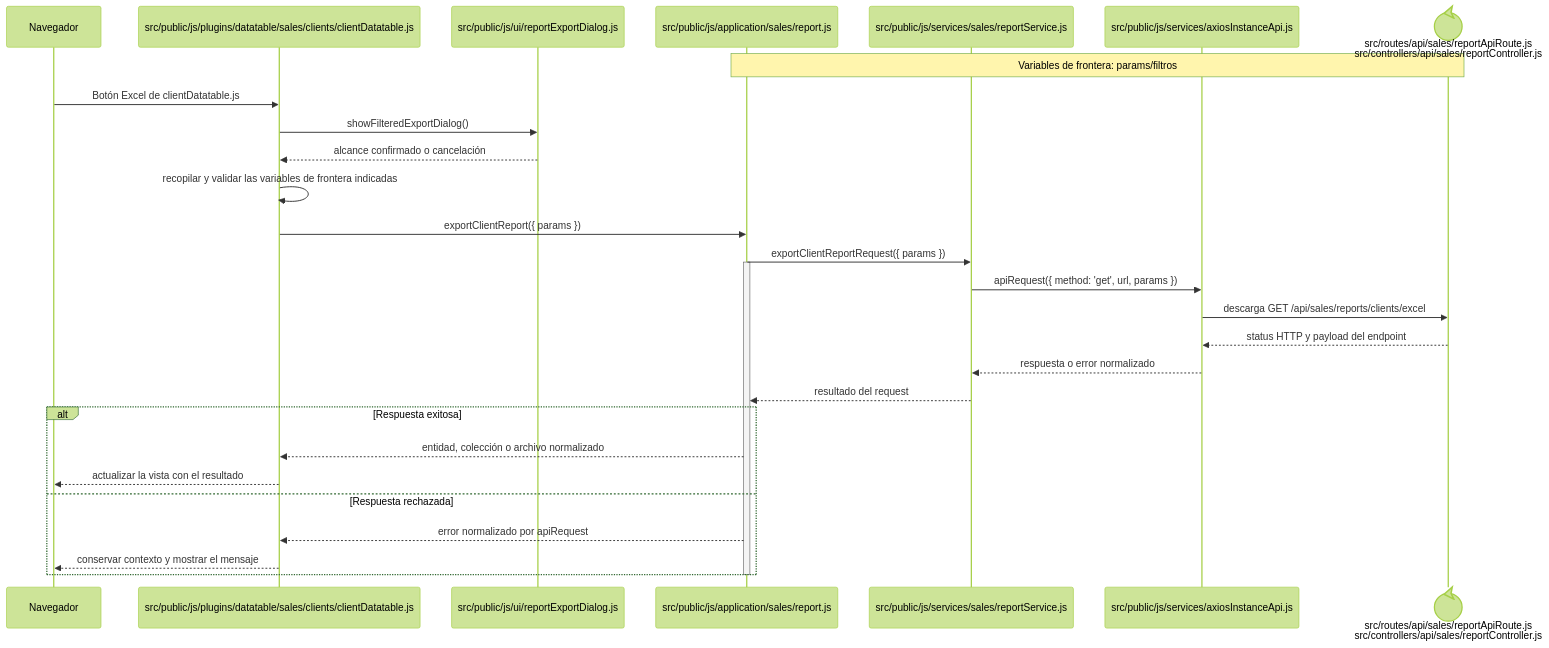
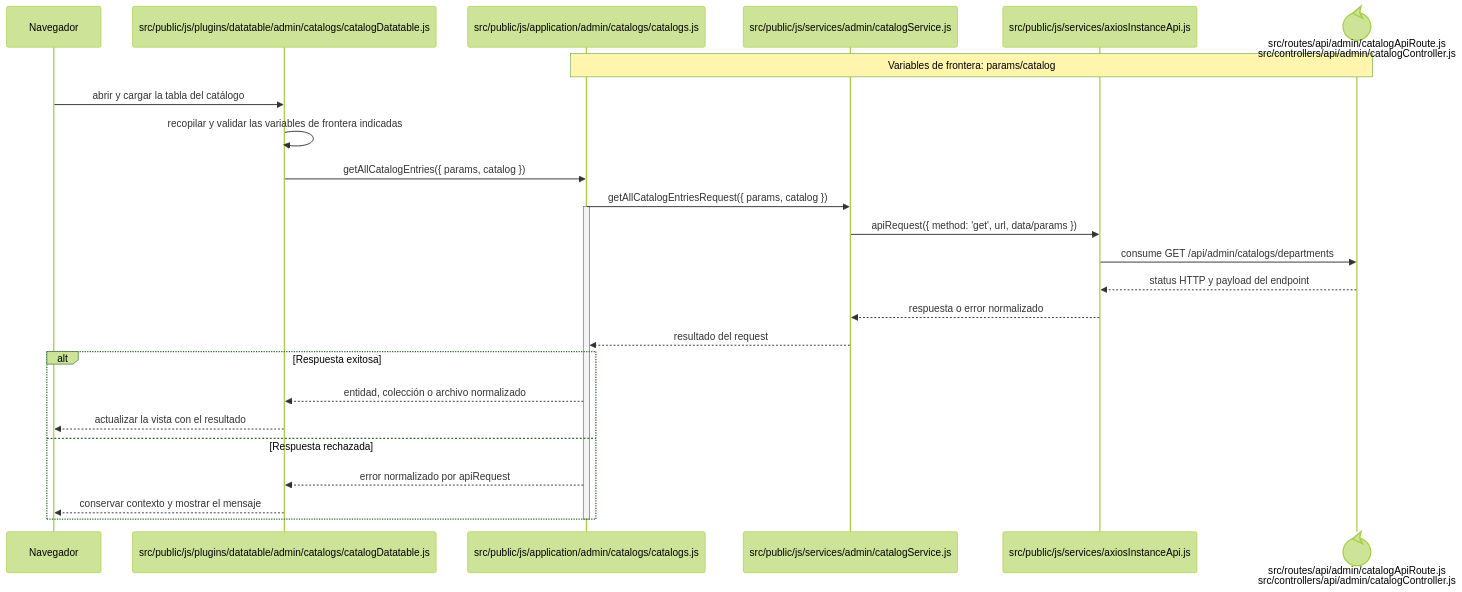
The diagram in docs/architecture/frontend-code-sequences/catalogs/cu-cat-09.md (gpgsistemas01/nexus), drawn with Mermaid (forest theme) before and after one commit. The commit also changed other lines of this file and 167 other files, not shown here.

````diff
--- a/docs/architecture/frontend-code-sequences/catalogs/cu-cat-09.md
+++ b/docs/architecture/frontend-code-sequences/catalogs/cu-cat-09.md
@@ -6,32 +6,29 @@
 ```mermaid
 sequenceDiagram
     participant Browser as Navegador
-    participant View as src/public/js/plugins/datatable/sales/clients/clientDatatable.js
-    participant Dialog as src/public/js/ui/reportExportDialog.js
-    participant Application as src/public/js/application/sales/report.js
-    participant Request as src/public/js/services/sales/reportService.js
+    participant View as src/public/js/plugins/datatable/admin/catalogs/catalogDatatable.js
+    participant Application as src/public/js/application/admin/catalogs/catalogs.js
+    participant Request as src/public/js/services/admin/catalogService.js
     participant HTTP as src/public/js/services/axiosInstanceApi.js
-    participant Transport@{ "type": "control" } as src/routes/api/sales/reportApiRoute.js<br/>src/controllers/api/sales/reportController.js
-    Note over Application,Transport: Variables de frontera: params/filtros
+    participant Transport@{ "type": "control" } as src/routes/api/admin/catalogApiRoute.js<br/>src/controllers/api/admin/catalogController.js
+    Note over Application,Transport: Variables de frontera: params/catalog
 
-    Browser->>View: Botón Excel de clientDatatable.js
-    View->>Dialog: showFilteredExportDialog()
-    Dialog-->>View: alcance confirmado o cancelación
+    Browser->>View: abrir y cargar la tabla del catálogo
     View->>View: recopilar y validar las variables de frontera indicadas
-    View->>Application: exportClientReport({ params })
-    Application->>Request: exportClientReportRequest({ params })
+    View->>Application: getAllCatalogEntries({ params, catalog })
+    Application->>Request: getAllCatalogEntriesRequest({ params, catalog })
     activate Application
-    Request->>HTTP: apiRequest({ method: 'get', url, params })
-    HTTP->>Transport: descarga GET /api/sales/reports/clients/excel
+    Request->>HTTP: apiRequest({ method: 'get', url, data/params })
+    HTTP->>Transport: consume GET /api/admin/catalogs/departments
     Transport-->>HTTP: status HTTP y payload del endpoint
     HTTP-->>Request: respuesta o error normalizado
     Request-->>Application: resultado del request
     alt Respuesta exitosa
         Application-->>View: entidad, colección o archivo normalizado
         View-->>Browser: actualizar la vista con el resultado
     else Respuesta rechazada
         Application-->>View: error normalizado por apiRequest
         View-->>Browser: conservar contexto y mostrar el mensaje
     end
     deactivate Application
 ```
````
